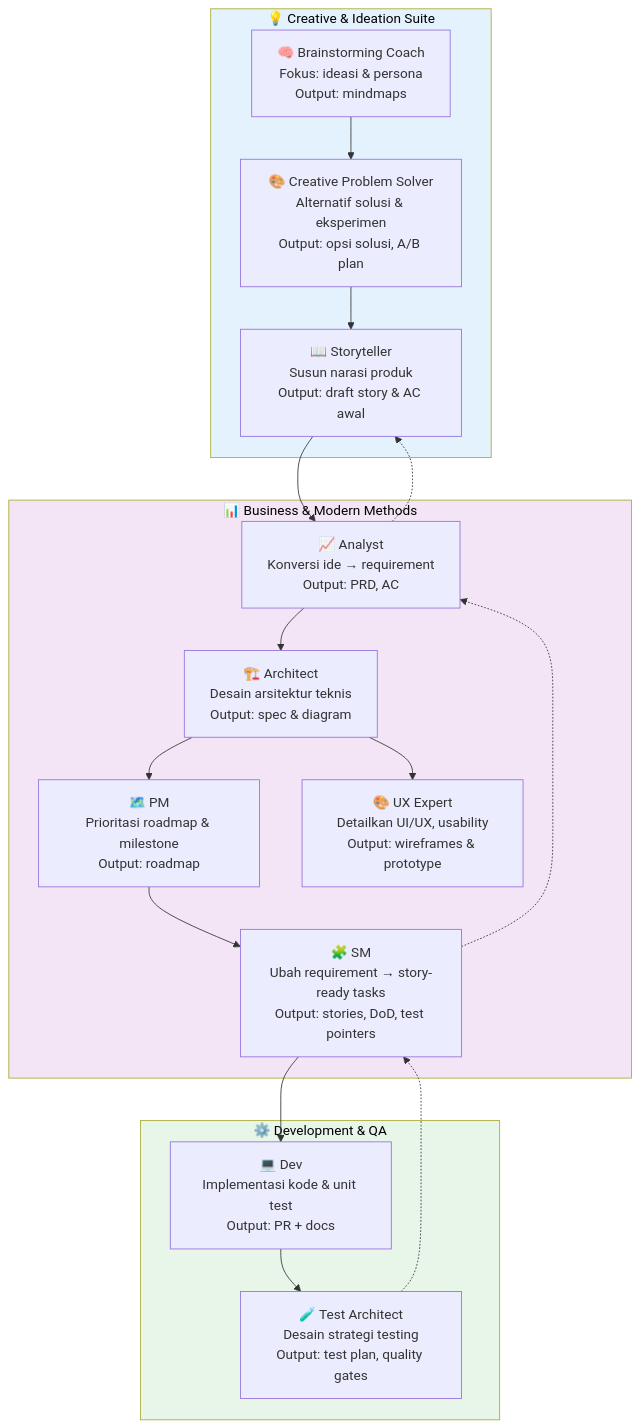
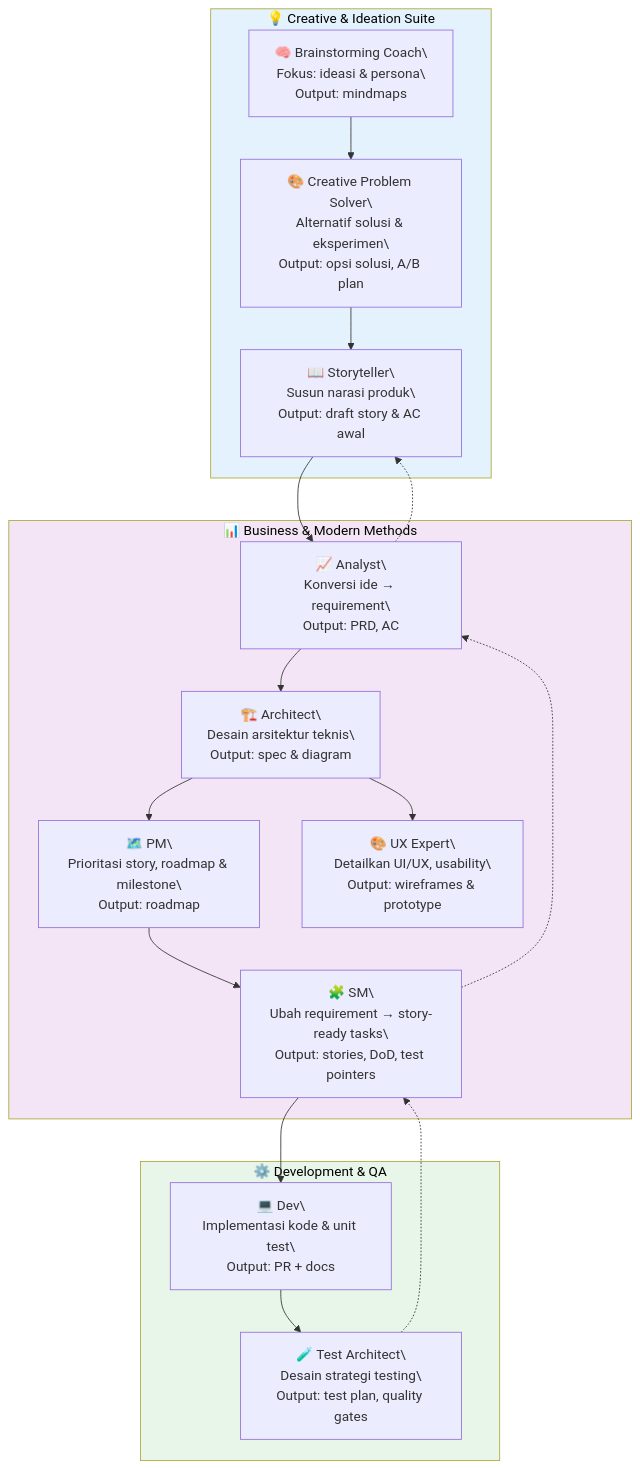
One commit to Stradivary/bmad-method-peternakmuda changed the diagram in README.md. Above: the diagram before and after it, drawn with Mermaid.

Commit message:
[zaky] update bagan readme

````diff
--- a/README.md
+++ b/README.md
@@ -128,41 +128,41 @@
 ```mermaid
    graph TD
 
    %% ==== Creative & Ideation Suite ====
    subgraph CIS[💡 Creative & Ideation Suite]
-      A1["🧠 Brainstorming Coach\nFokus: ideasi & persona\nOutput: mindmaps"]
-      A2["🎨 Creative Problem Solver\nAlternatif solusi & eksperimen\nOutput: opsi solusi, A/B plan"]
-      A3["📖 Storyteller\nSusun narasi produk\nOutput: draft story & AC awal"]
+      A1["🧠 Brainstorming Coach\\nFokus: ideasi & persona\\nOutput: mindmaps"]
+      A2["🎨 Creative Problem Solver\\nAlternatif solusi & eksperimen\\nOutput: opsi solusi, A/B plan"]
+      A3["📖 Storyteller\\nSusun narasi produk\\nOutput: draft story & AC awal"]
    end
 
    %% ==== Business & Modern Methods ====
    subgraph BMM[📊 Business & Modern Methods]
-      B1["📈 Analyst\nKonversi ide → requirement\nOutput: PRD, AC"]
-      B2["🏗️ Architect\nDesain arsitektur teknis\nOutput: spec & diagram"]
-      B3["🗺️ PM\nPrioritasi roadmap & milestone\nOutput: roadmap"]
-      B4["🧩 SM\nUbah requirement → story-ready tasks\nOutput: stories, DoD, test pointers"]
-      B5["🎨 UX Expert\nDetailkan UI/UX, usability\nOutput: wireframes & prototype"]
+      B1["📈 Analyst\\nKonversi ide → requirement\\nOutput: PRD, AC"]
+      B2["🏗️ Architect\\nDesain arsitektur teknis\\nOutput: spec & diagram"]
+      B3["🗺️ PM\\nPrioritasi story, roadmap & milestone\\nOutput: roadmap"]
+      B4["🧩 SM\\nUbah requirement → story-ready tasks\\nOutput: stories, DoD, test pointers"]
+      B5["🎨 UX Expert\\nDetailkan UI/UX, usability\\nOutput: wireframes & prototype"]
    end
 
    %% ==== Development & QA ====
    subgraph DEV[⚙️ Development & QA]
-      C1["💻 Dev\nImplementasi kode & unit test\nOutput: PR + docs"]
-      C2["🧪 Test Architect\nDesain strategi testing\nOutput: test plan, quality gates"]
+      C1["💻 Dev\\nImplementasi kode & unit test\\nOutput: PR + docs"]
+      C2["🧪 Test Architect\\nDesain strategi testing\\nOutput: test plan, quality gates"]
    end
 
    %% ==== Main Flow ====
    A1 --> A2 --> A3 --> B1
    B1 --> B2 --> B3 --> B4
    B2 --> B5
    B4 --> C1 --> C2
 
    %% ==== Feedback Loops ====
    C2 -.-> B4
    B4 -.-> B1
    B1 -.-> A3
 
    %% ==== Styling ====
    style CIS fill:#e3f2fd,color:#000
    style BMM fill:#f3e5f5,color:#000
    style DEV fill:#e8f5e9,color:#000
 ```
````
